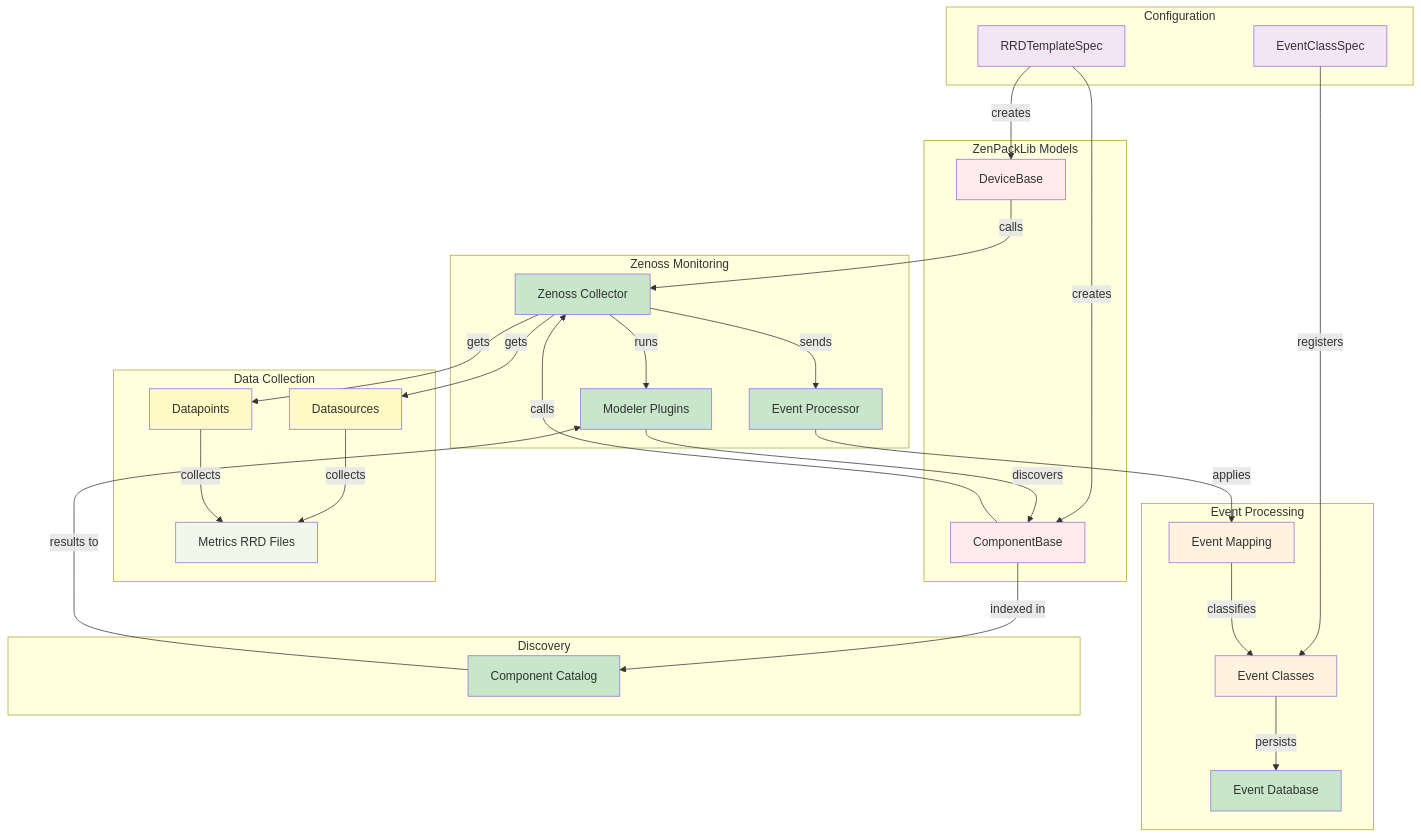
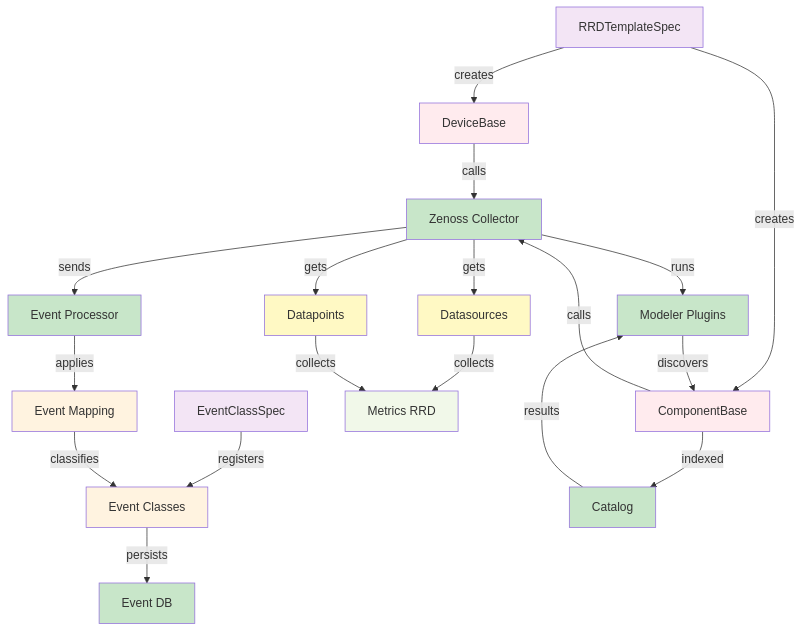
One commit to lundybernard/ZenPacks.zenoss.ZenPackLib changed the fourth of 7 diagrams in ARCHITECTURE_AND_REVERSE_ENGINEERING.md. Above: the diagram before and after it, drawn with Mermaid. The commit also changed other lines of this file, not shown here.

Commit message:
Refactor mermaid diagrams for improved clarity and conciseness in architecture documentation

````diff
--- a/ARCHITECTURE_AND_REVERSE_ENGINEERING.md
+++ b/ARCHITECTURE_AND_REVERSE_ENGINEERING.md
@@ -467,67 +450,50 @@
 ```mermaid
 graph TB
-    subgraph CONFIG_L["Configuration"]
-        RRDSPEC["RRDTemplateSpec"]
-        EVENTSPEC["EventClassSpec"]
-    end
-
-    subgraph MODEL_L["ZenPackLib Models"]
-        DEVICE["DeviceBase"]
-        COMPONENT["ComponentBase"]
-    end
-
-    subgraph MON_L["Zenoss Monitoring"]
-        COLLECTOR["Zenoss Collector"]
-        MODELER["Modeler Plugins"]
-        EVENTPROC["Event Processor"]
-    end
-
-    subgraph DATA_L["Data Collection"]
-        DATASRC["Datasources"]
-        DATAPTS["Datapoints"]
-        METRICS["Metrics RRD Files"]
-    end
-
-    subgraph EVT_L["Event Processing"]
-        EVENTMATCH["Event Mapping"]
-        EVENTCLASS["Event Classes"]
-        EVENTDB["Event Database"]
-    end
-
-    subgraph DISC_L["Discovery"]
-        COMPCAT["Component Catalog"]
-    end
+    RRDSPEC["RRDTemplateSpec"]
+    EVENTSPEC["EventClassSpec"]
+    DEVICE["DeviceBase"]
+    COMPONENT["ComponentBase"]
+    COLLECTOR["Zenoss Collector"]
+    MODELER["Modeler Plugins"]
+    EVENTPROC["Event Processor"]
+    DATASRC["Datasources"]
+    DATAPTS["Datapoints"]
+    METRICS["Metrics RRD"]
+    EVENTMATCH["Event Mapping"]
+    EVENTCLASS["Event Classes"]
+    EVENTDB["Event DB"]
+    COMPCAT["Catalog"]
 
     RRDSPEC -->|creates| DEVICE
     RRDSPEC -->|creates| COMPONENT
     DEVICE -->|calls| COLLECTOR
     COMPONENT -->|calls| COLLECTOR
     COLLECTOR -->|gets| DATASRC
     COLLECTOR -->|gets| DATAPTS
     COLLECTOR -->|runs| MODELER
     MODELER -->|discovers| COMPONENT
-    COMPONENT -->|indexed in| COMPCAT
-    COMPCAT -->|results to| MODELER
+    COMPONENT -->|indexed| COMPCAT
+    COMPCAT -->|results| MODELER
     DATASRC -->|collects| METRICS
     DATAPTS -->|collects| METRICS
     COLLECTOR -->|sends| EVENTPROC
     EVENTSPEC -->|registers| EVENTCLASS
     EVENTPROC -->|applies| EVENTMATCH
     EVENTMATCH -->|classifies| EVENTCLASS
     EVENTCLASS -->|persists| EVENTDB
 
     style RRDSPEC fill:#f3e5f5
     style EVENTSPEC fill:#f3e5f5
     style DEVICE fill:#ffebee
     style COMPONENT fill:#ffebee
     style COLLECTOR fill:#c8e6c9
     style MODELER fill:#c8e6c9
     style DATASRC fill:#fff9c4
     style DATAPTS fill:#fff9c4
     style METRICS fill:#f1f8e9
     style EVENTMATCH fill:#fff3e0
     style EVENTCLASS fill:#fff3e0
     style EVENTDB fill:#c8e6c9
     style COMPCAT fill:#c8e6c9
     style EVENTPROC fill:#c8e6c9
 ```
````
